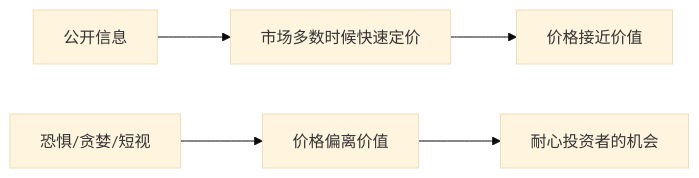
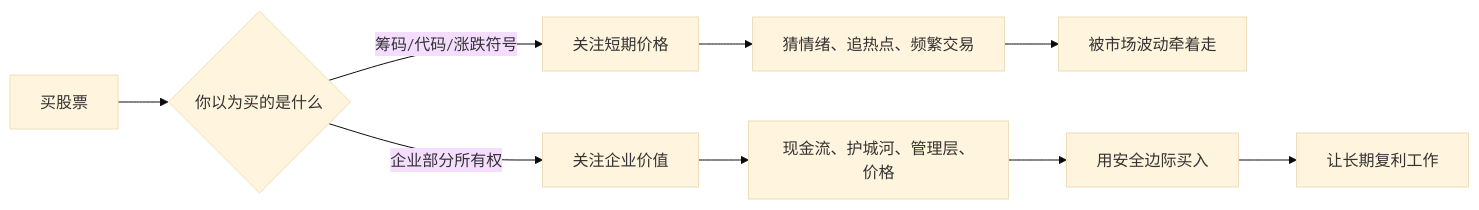
The diagram in 202605/20260519_02.md (digoal/blog), drawn with Mermaid (base theme) before and after one commit. The commit also changed other lines of this file and 51 other files, not shown here.

````diff
--- a/202605/20260519_02.md
+++ b/202605/20260519_02.md
@@ -22,7 +24,12 @@
 ```mermaid
 flowchart LR
-  A["公开信息"] --> B["市场多数时候快速定价"]
-  B --> C["价格接近价值"]
-  D["恐惧/贪婪/短视"] --> E["价格偏离价值"]
-  E --> F["耐心投资者的机会"]
+  A["买股票"] --> B{"你以为买的是什么"}
+  B -- "筹码/代码/涨跌符号" --> C["关注短期价格"]
+  C --> D["猜情绪、追热点、频繁交易"]
+  D --> E["被市场波动牵着走"]
+
+  B -- "企业部分所有权" --> F["关注企业价值"]
+  F --> G["现金流、护城河、管理层、价格"]
+  G --> H["用安全边际买入"]
+  H --> I["让长期复利工作"]
 ```
````
